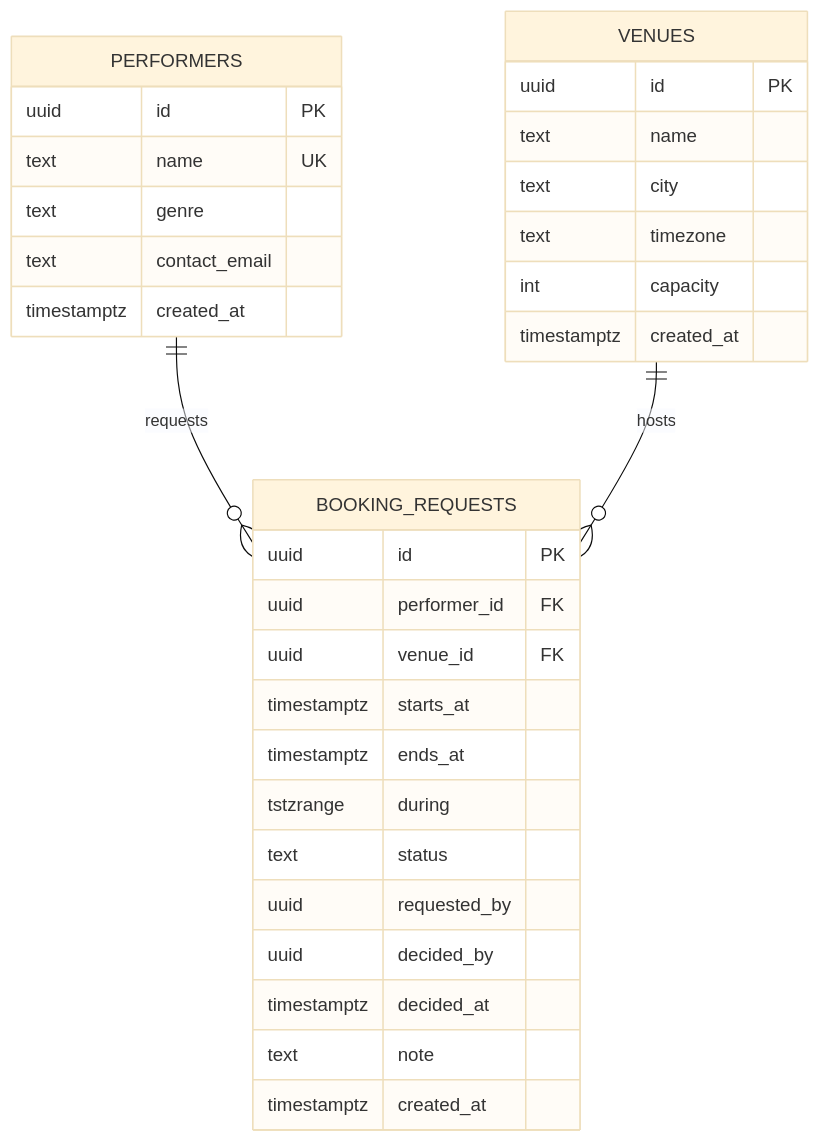
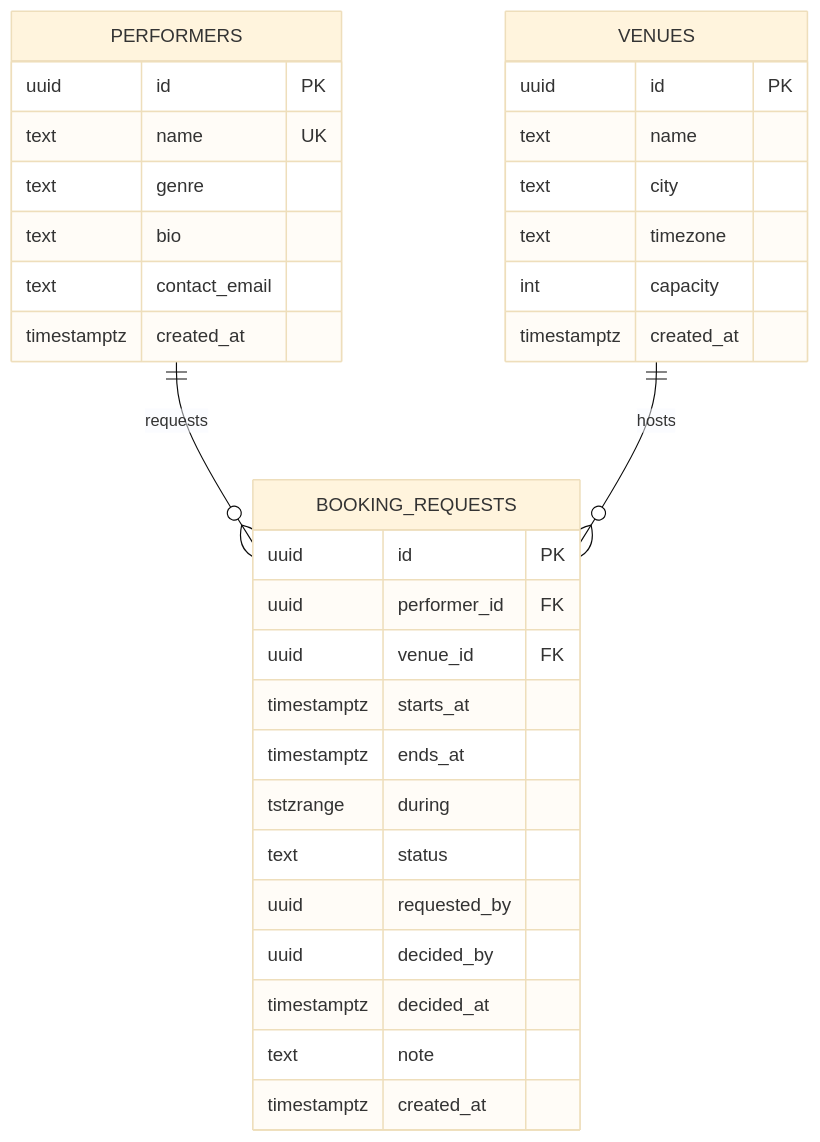
Before and after one commit to valeria-chelushkina/information-systems-project: the second of 3 diagrams in docs/database.md, drawn with Mermaid (base theme). The commit also changed 4 other files, not shown here.

````diff
--- a/docs/database.md
+++ b/docs/database.md
@@ -148,37 +148,38 @@
 ```mermaid
 erDiagram
     PERFORMERS ||--o{ BOOKING_REQUESTS : "requests"
     VENUES ||--o{ BOOKING_REQUESTS : "hosts"
 
     PERFORMERS {
         uuid id PK
         text name UK
         text genre
+        text bio
         text contact_email
         timestamptz created_at
     }
 
     VENUES {
         uuid id PK
         text name
         text city
         text timezone
         int capacity
         timestamptz created_at
     }
 
     BOOKING_REQUESTS {
         uuid id PK
         uuid performer_id FK
         uuid venue_id FK
         timestamptz starts_at
         timestamptz ends_at
         tstzrange during
         text status
         uuid requested_by
         uuid decided_by
         timestamptz decided_at
         text note
         timestamptz created_at
     }
 ```
````
